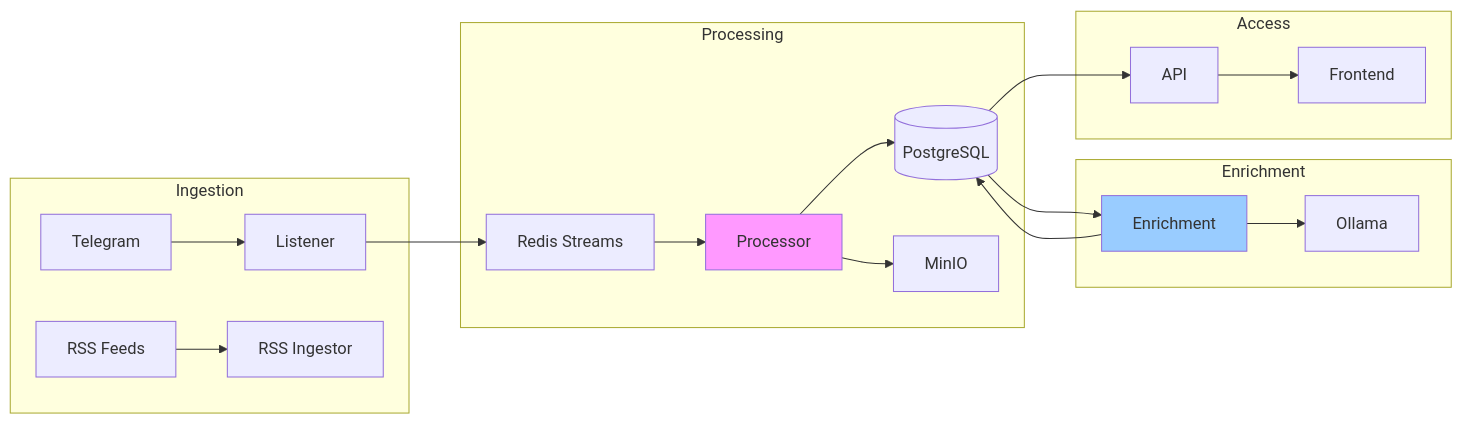
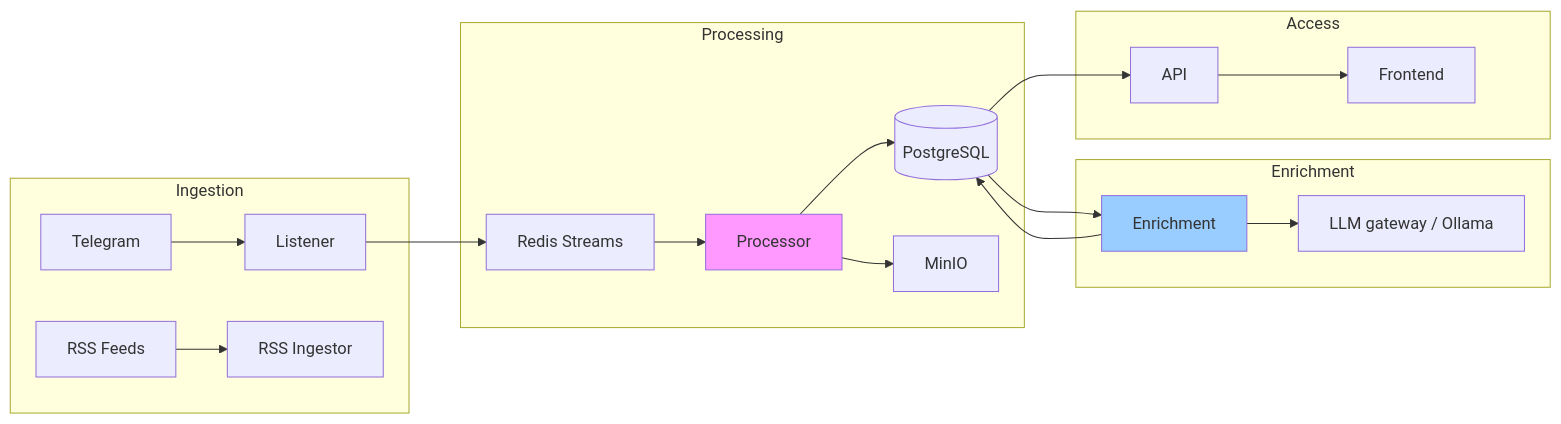
The diagram in docs/developer-guide/services/index.md (osintukraine/osint-platform-docs), drawn with Mermaid before and after one commit. The commit also changed other lines of this file and 7 other files, not shown here.

Commit message:
docs(developer): replace qwen/ollama-era internals with links to platform LLM_GATEWAY.md

````diff
--- a/docs/developer-guide/services/index.md
+++ b/docs/developer-guide/services/index.md
@@ -16,28 +17,28 @@
 ```mermaid
 graph LR
     subgraph "Ingestion"
         TG[Telegram] --> L[Listener]
         RSS[RSS Feeds] --> RI[RSS Ingestor]
     end
 
     subgraph "Processing"
         L --> R[Redis Streams]
         R --> P[Processor]
         P --> DB[(PostgreSQL)]
         P --> S3[MinIO]
     end
 
     subgraph "Enrichment"
         DB --> E[Enrichment]
-        E --> LLM[Ollama]
+        E --> LLM[LLM gateway / Ollama]
         E --> DB
     end
 
     subgraph "Access"
         DB --> API[API]
         API --> FE[Frontend]
     end
 
     style P fill:#f9f
     style E fill:#9cf
 ```
````
